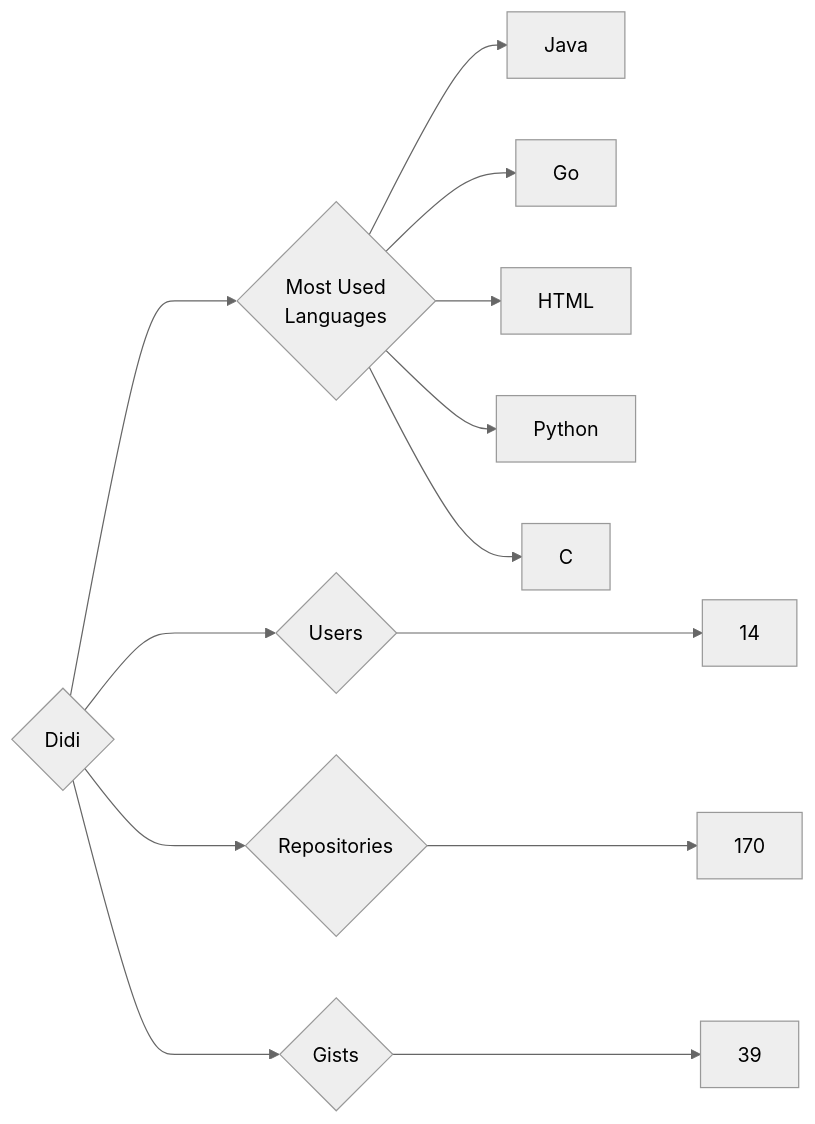
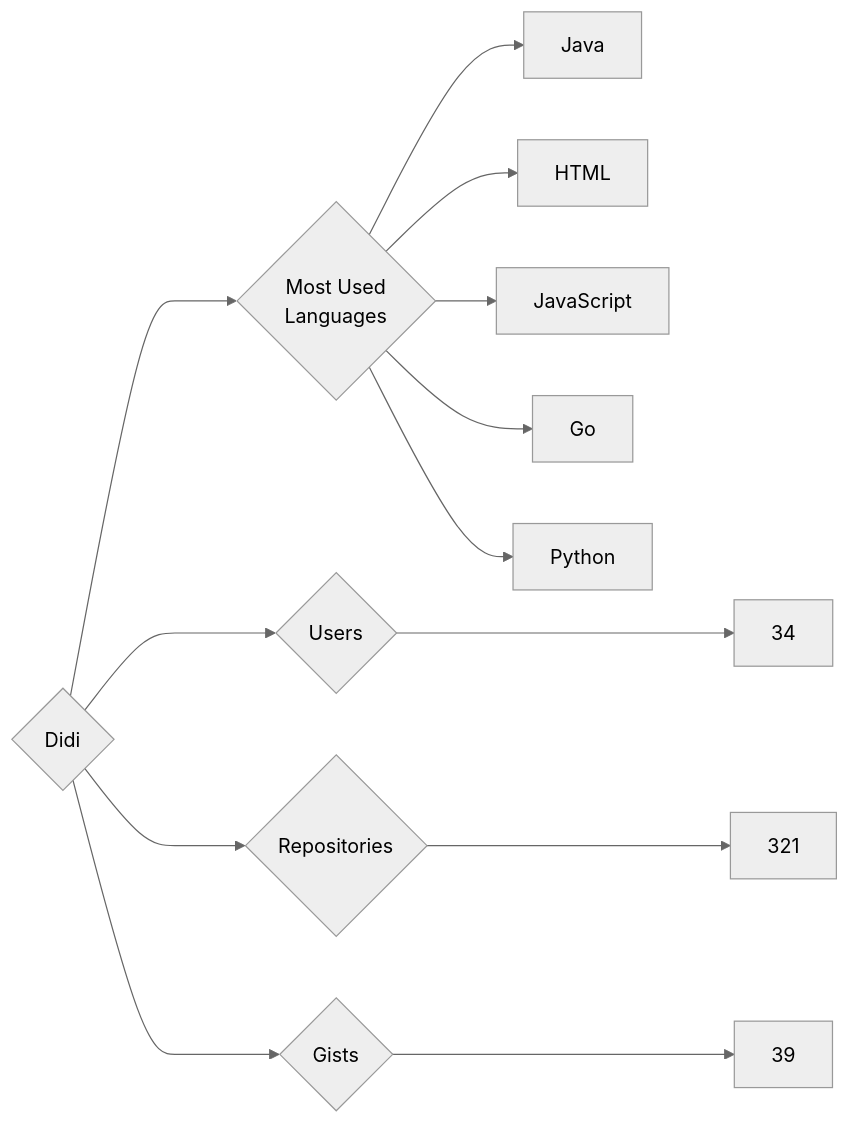
Before and after one commit to trickest/insiders: the diagram in targets/Didi/README.md, drawn with Mermaid (neutral theme). The commit also changed 874 other files, not shown here.

````diff
--- a/targets/Didi/README.md
+++ b/targets/Didi/README.md
@@ -3,13 +3,13 @@
 ```mermaid
 graph LR
 COMPANY_NAME{Didi}
-COMPANY_NAME ---> U{Users} ---> UN[14]
-COMPANY_NAME ---> R{Repositories} ---> RN[170]
+COMPANY_NAME ---> U{Users} ---> UN[34]
+COMPANY_NAME ---> R{Repositories} ---> RN[321]
 COMPANY_NAME ---> G{Gists} ---> GN[39]
 COMPANY_NAME ---> ML{Most Used<br>Languages}
 ML --> Java[Java]
+ML --> HTML[HTML]
+ML --> JavaScript[JavaScript]
 ML --> Go[Go]
-ML --> HTML[HTML]
 ML --> Python[Python]
-ML --> C[C]
 ```
````
